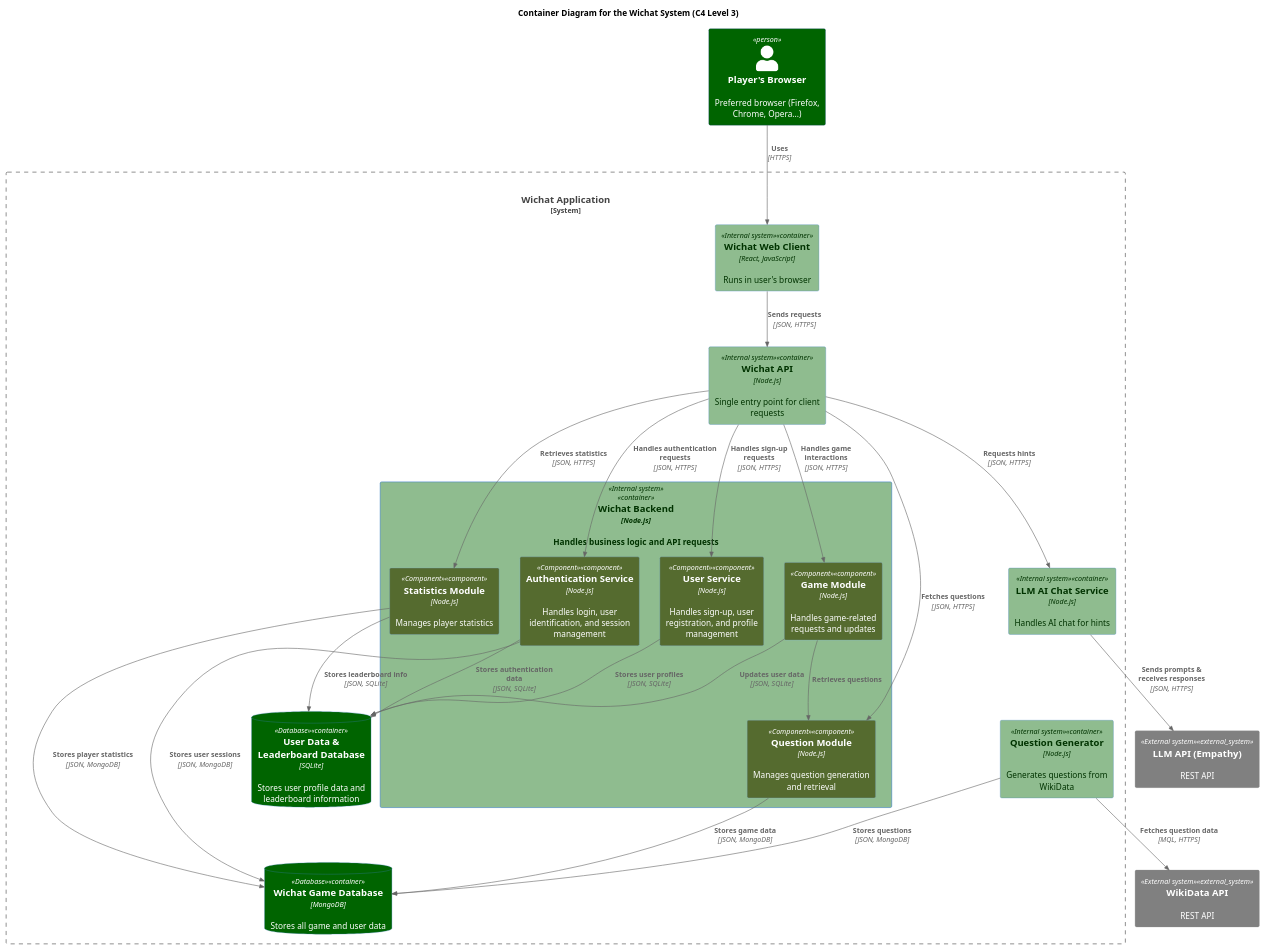
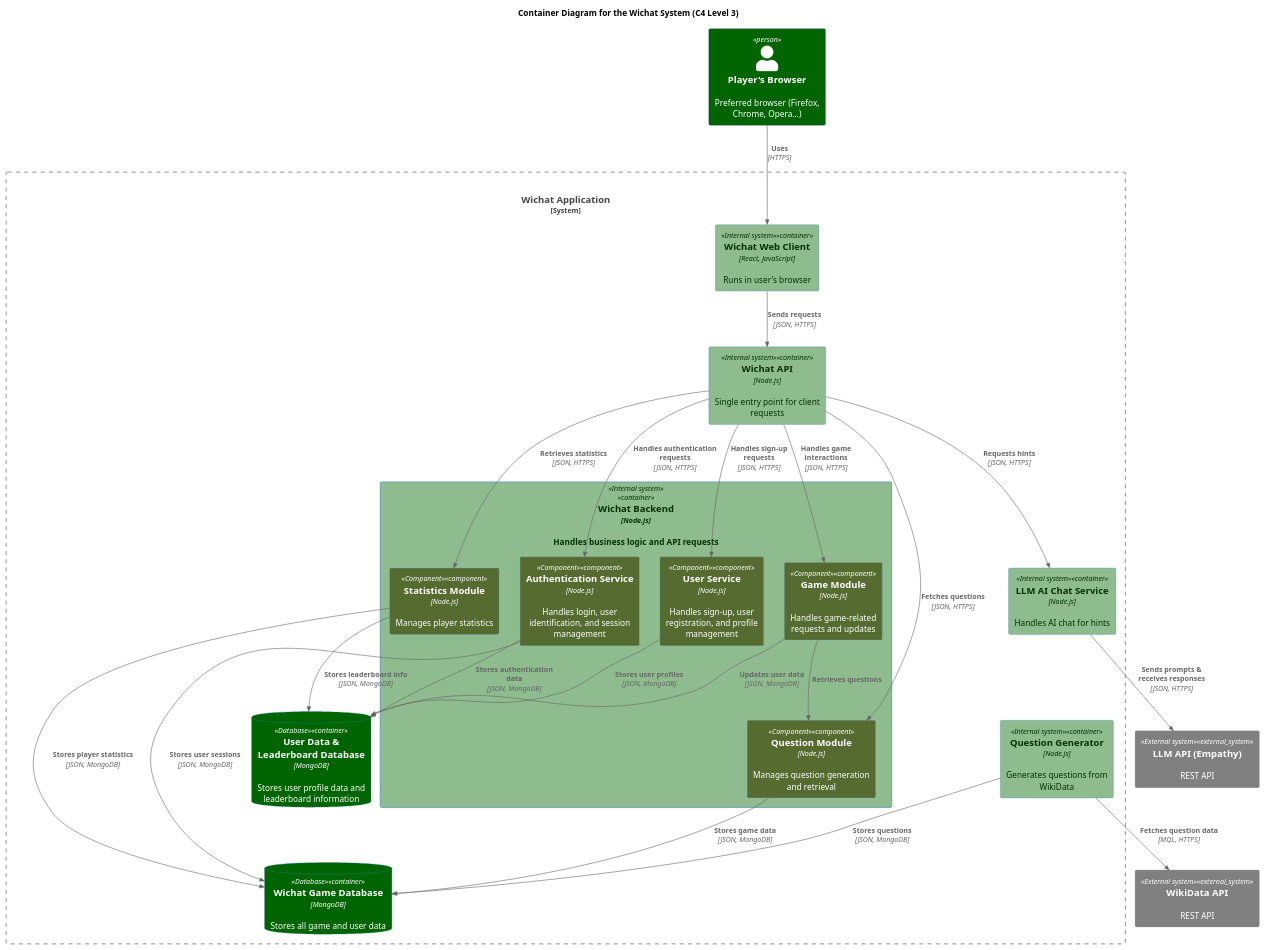
Before and after one commit to Arquisoft/wichat_en1a: the diagram in docs/src/diagrams/C4_component_diagram.puml, drawn with PlantUML. The commit also changed 1 other file, not shown here.

Commit message:
change the use of sql database for MongoDB

```diff
--- a/docs/src/diagrams/C4_component_diagram.puml
+++ b/docs/src/diagrams/C4_component_diagram.puml
@@ -1,63 +1,63 @@
 @startuml
 !includeurl https://raw.githubusercontent.com/RicardoNiepel/C4-PlantUML/master/C4_Container.puml
 !include <c4/C4_Container.puml>
 !include <c4/C4_Component.puml>
 
 title Container Diagram for the Wichat System (C4 Level 3)
 
 AddElementTag("Person", $bgColor="#darkgreen", $fontColor="#white")
 AddElementTag("Internal system", $bgColor="#darkseagreen", $fontColor="#003300")
 AddElementTag("External system", $bgColor="#gray", $fontColor="#white")
 AddElementTag("Database", $bgColor="#darkgreen", $fontColor="#white")
 AddElementTag("Component", $bgColor="#darkolivegreen", $fontColor="#white")
 
 ' Containers
 Person(player, "Player's Browser", "Preferred browser (Firefox, Chrome, Opera...)")
 
 System_Boundary(wichat, "Wichat Application") {
 Container(web_app, "Wichat Web Client", "React, JavaScript", "Runs in user's browser", $tags="Internal system")
 Container(api_gateway, "Wichat API", "Node.js", "Single entry point for client requests", $tags="Internal system")
 
 Container(backend, "Wichat Backend", "Node.js", "Handles business logic and API requests", $tags="Internal system") {
     Component(user_service, "User Service", "Node.js", "Handles sign-up, user registration, and profile management", $tags="Component")
     Component(auth_service, "Authentication Service", "Node.js", "Handles login, user identification, and session management", $tags="Component")
     Component(game_module, "Game Module", "Node.js", "Handles game-related requests and updates", $tags="Component")
     Component(statistics_module, "Statistics Module", "Node.js", "Manages player statistics", $tags="Component")
     Component(question_module, "Question Module", "Node.js", "Manages question generation and retrieval", $tags="Component")
 }
 
 Container(question_generator, "Question Generator", "Node.js", "Generates questions from WikiData", $tags="Internal system")
 Container(llm_ai_chat, "LLM AI Chat Service", "Node.js", "Handles AI chat for hints", $tags="Internal system")
 ContainerDb(game_data_db, "Wichat Game Database", "MongoDB", "Stores all game and user data", $tags="Database")
-ContainerDb(user_data_db, "User Data & Leaderboard Database", "SQLite", "Stores user profile data and leaderboard information", $tags="Database")
+ContainerDb(user_data_db, "User Data & Leaderboard Database", "MongoDB", "Stores user profile data and leaderboard information", $tags="Database")
 }
 
 System_Ext(wikidata, "WikiData API", "REST API", $tags="External system")
 System_Ext(llm_api, "LLM API (Empathy)", "REST API", $tags="External system")
 
 ' Relations
 Rel(player, web_app, "Uses", "HTTPS")
 Rel(web_app, api_gateway, "Sends requests", "JSON, HTTPS")
 Rel(api_gateway, user_service, "Handles sign-up requests", "JSON, HTTPS")
 Rel(api_gateway, auth_service, "Handles authentication requests", "JSON, HTTPS")
 Rel(api_gateway, game_module, "Handles game interactions", "JSON, HTTPS")
 Rel(api_gateway, statistics_module, "Retrieves statistics", "JSON, HTTPS")
 Rel(api_gateway, llm_ai_chat, "Requests hints", "JSON, HTTPS")
 Rel(api_gateway, question_module, "Fetches questions", "JSON, HTTPS")
 
 Rel(question_generator, wikidata, "Fetches question data", "MQL, HTTPS")
 Rel(llm_ai_chat, llm_api, "Sends prompts & receives responses", "JSON, HTTPS")
 Rel(question_generator, game_data_db, "Stores questions", "JSON, MongoDB")
 
 ' Relations for backend modules
 Rel(game_module, question_module, "Retrieves questions")
 Rel(question_module, game_data_db, "Stores game data", "JSON, MongoDB")
 Rel(statistics_module, game_data_db, "Stores player statistics", "JSON, MongoDB")
 Rel(auth_service, game_data_db, "Stores user sessions", "JSON, MongoDB")
-Rel(user_service, user_data_db, "Stores user profiles", "JSON, SQLite")
+Rel(user_service, user_data_db, "Stores user profiles", "JSON, MongoDB")
 
 ' User Data & Leaderboard Database Relations
-Rel(statistics_module, user_data_db, "Stores leaderboard info", "JSON, SQLite")
-Rel(auth_service, user_data_db, "Stores authentication data", "JSON, SQLite")
-Rel(game_module, user_data_db, "Updates user data", "JSON, SQLite")
+Rel(statistics_module, user_data_db, "Stores leaderboard info", "JSON, MongoDB")
+Rel(auth_service, user_data_db, "Stores authentication data", "JSON, MongoDB")
+Rel(game_module, user_data_db, "Updates user data", "JSON, MongoDB")
 @enduml
```
